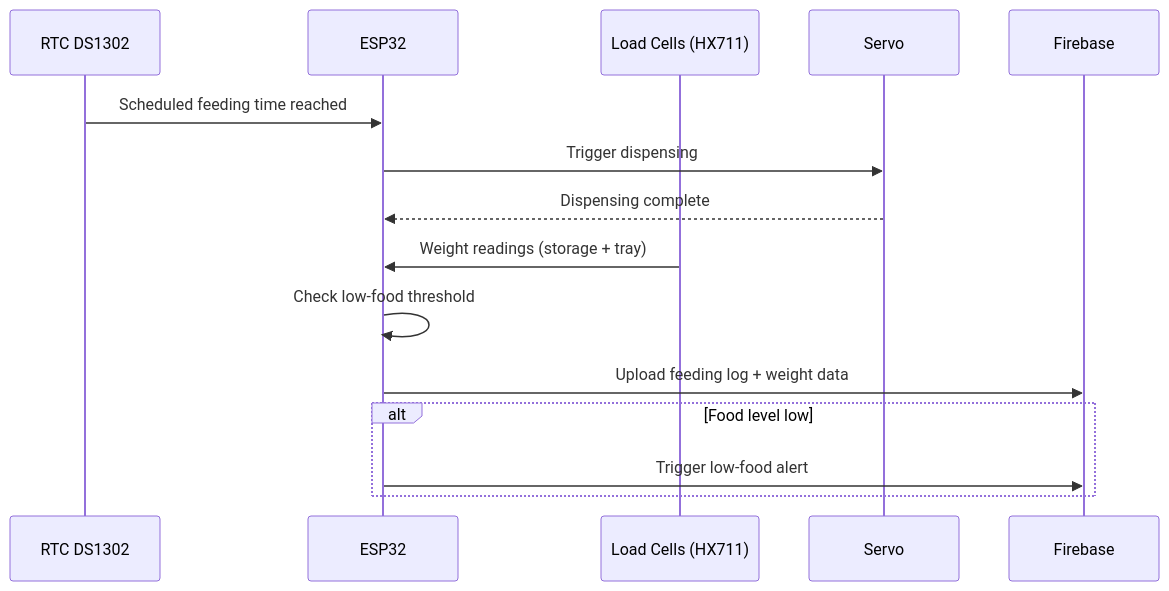
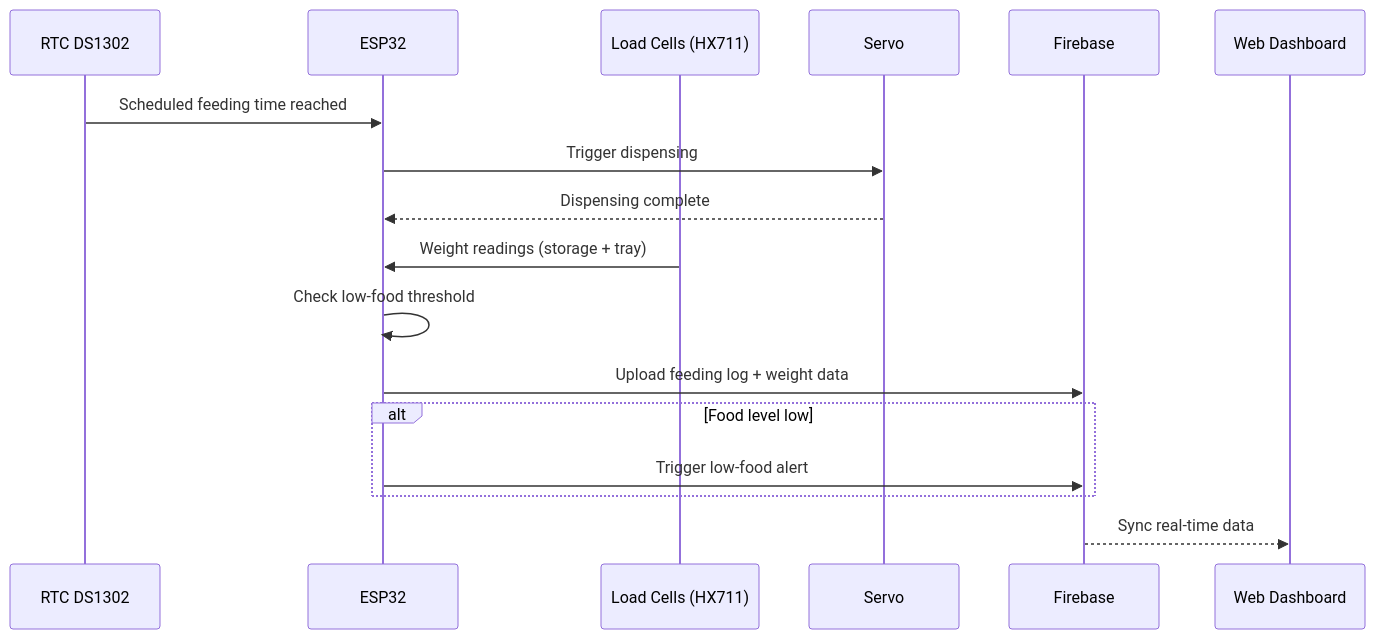
One commit to Duytrg7/Smart-Pet-Feeding-System changed the second of 2 diagrams in README.md. Above: the diagram before and after it, drawn with Mermaid. The commit also changed other lines of this file, not shown here.

````diff
--- a/README.md
+++ b/README.md
@@ -77,18 +72,20 @@
 ```mermaid
 sequenceDiagram
     participant RTC as RTC DS1302
     participant ESP32
     participant LC as Load Cells (HX711)
     participant Servo
     participant FB as Firebase
+    participant Web as Web Dashboard
 
     RTC->>ESP32: Scheduled feeding time reached
     ESP32->>Servo: Trigger dispensing
     Servo-->>ESP32: Dispensing complete
     LC->>ESP32: Weight readings (storage + tray)
     ESP32->>ESP32: Check low-food threshold
     ESP32->>FB: Upload feeding log + weight data
     alt Food level low
         ESP32->>FB: Trigger low-food alert
     end
+    FB-->>Web: Sync real-time data
 ```
````
